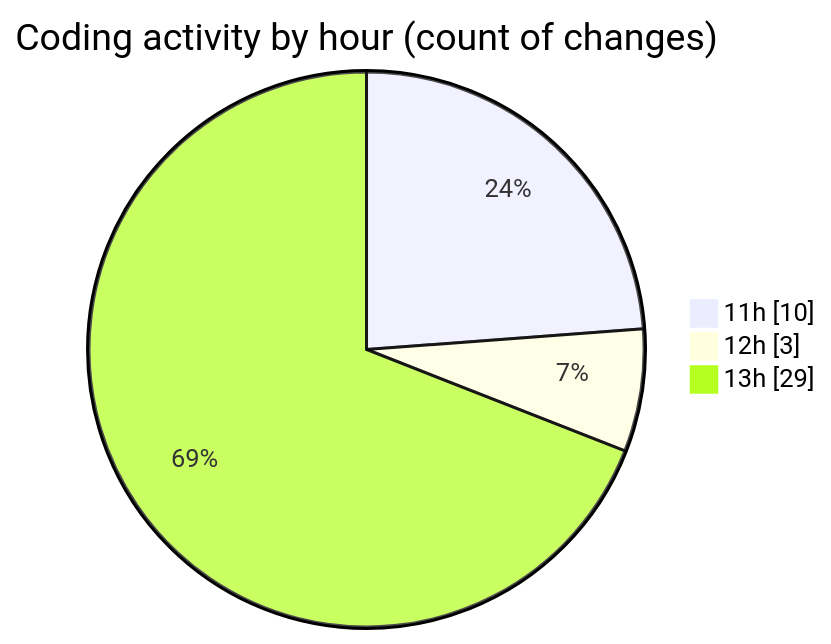
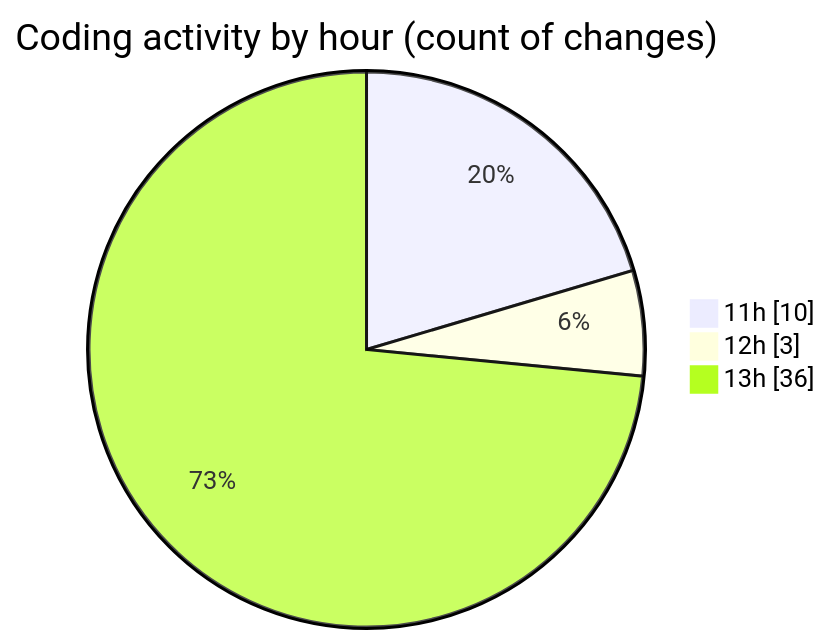
One commit to momahboobian/code-tracking changed the second of 2 diagrams in 2025-02-14/cda/README.md. Above: the diagram before and after it, drawn with Mermaid. The commit also changed other lines of this file and 1 other file, not shown here.

````diff
--- a/2025-02-14/cda/README.md
+++ b/2025-02-14/cda/README.md
@@ -32,7 +32,7 @@
 ```mermaid
 pie showData
 title Coding activity by hour (count of changes)
 "11h" : 10
 "12h" : 3
-"13h" : 29
+"13h" : 36
 ```
````
